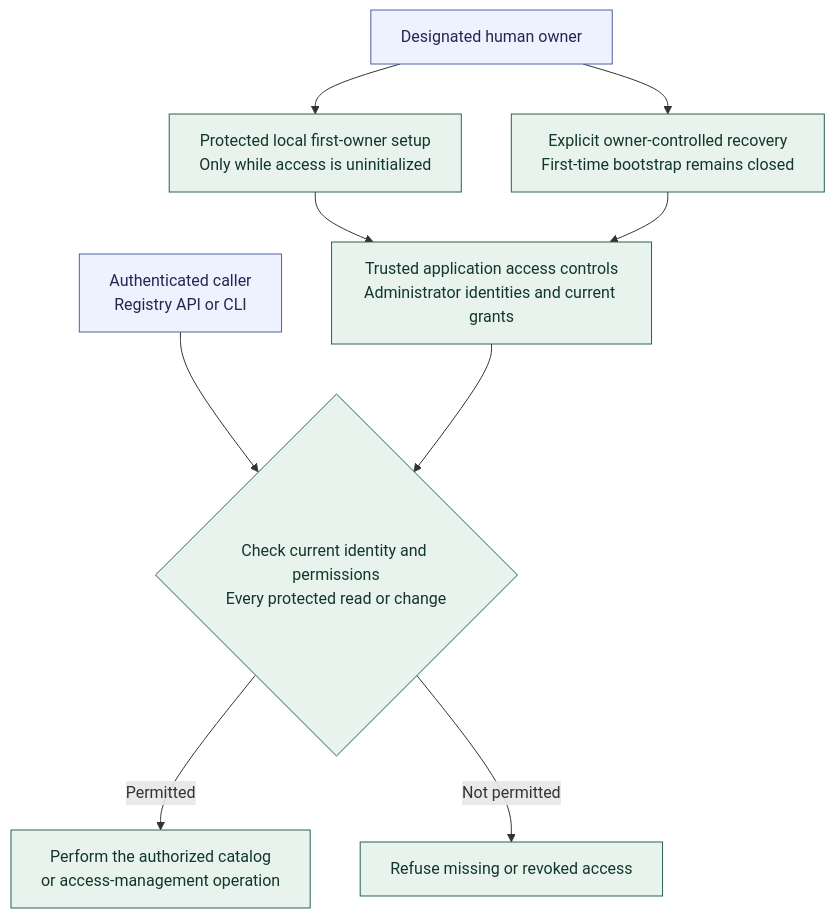
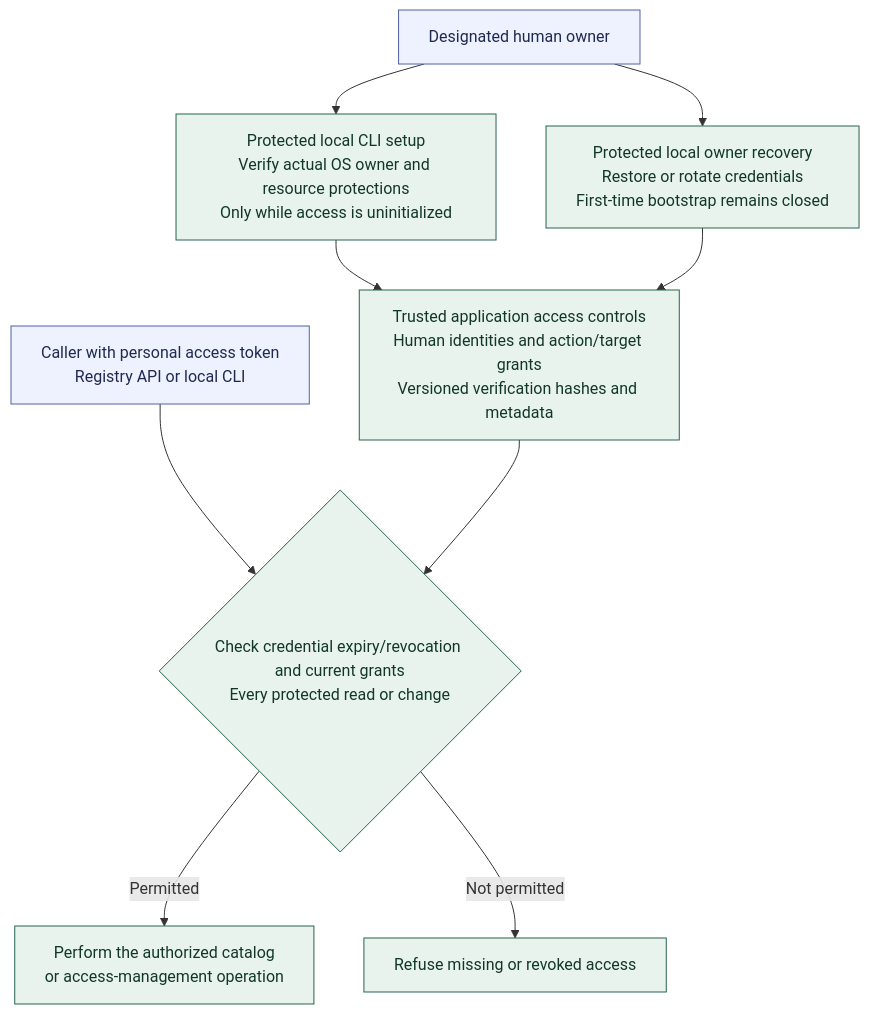
Before and after one commit to andrii2g/mobiraeon: the diagram in docs/diagrams/registry-access.md, drawn with Mermaid. The commit also changed other lines of this file and 19 other files, not shown here.

````diff
--- a/docs/diagrams/registry-access.md
+++ b/docs/diagrams/registry-access.md
@@ -5,21 +5,21 @@
 ```mermaid
 ---
 config:
   flowchart:
     wrappingWidth: 260
 ---
 flowchart TB
-    OWNER["Designated human owner"] --> BOOT["Protected local first-owner setup<br/>Only while access is uninitialized"]
-    BOOT --> ACCESS["Trusted application access controls<br/>Administrator identities and current grants"]
-    OWNER --> RECOVER["Explicit owner-controlled recovery<br/>First-time bootstrap remains closed"]
+    OWNER["Designated human owner"] --> BOOT["Protected local CLI setup<br/>Verify actual OS owner and resource protections<br/>Only while access is uninitialized"]
+    BOOT --> ACCESS["Trusted application access controls<br/>Human identities and action/target grants<br/>Versioned verification hashes and metadata"]
+    OWNER --> RECOVER["Protected local owner recovery<br/>Restore or rotate credentials<br/>First-time bootstrap remains closed"]
     RECOVER --> ACCESS
-    CALLER["Authenticated caller<br/>Registry API or CLI"] --> CHECK{"Check current identity and permissions<br/>Every protected read or change"}
+    CALLER["Caller with personal access token<br/>Registry API or local CLI"] --> CHECK{"Check credential expiry/revocation and current grants<br/>Every protected read or change"}
     ACCESS --> CHECK
     CHECK -->|Permitted| OPERATE["Perform the authorized catalog<br/>or access-management operation"]
     CHECK -->|Not permitted| REFUSE["Refuse missing or revoked access"]
 
     classDef agreed fill:#e8f3ee,stroke:#28644d,color:#12372a;
     classDef boundary fill:#eef2ff,stroke:#5261a3,color:#20294f;
     class BOOT,ACCESS,RECOVER,CHECK,OPERATE,REFUSE agreed;
     class OWNER,CALLER boundary;
 ```
````
